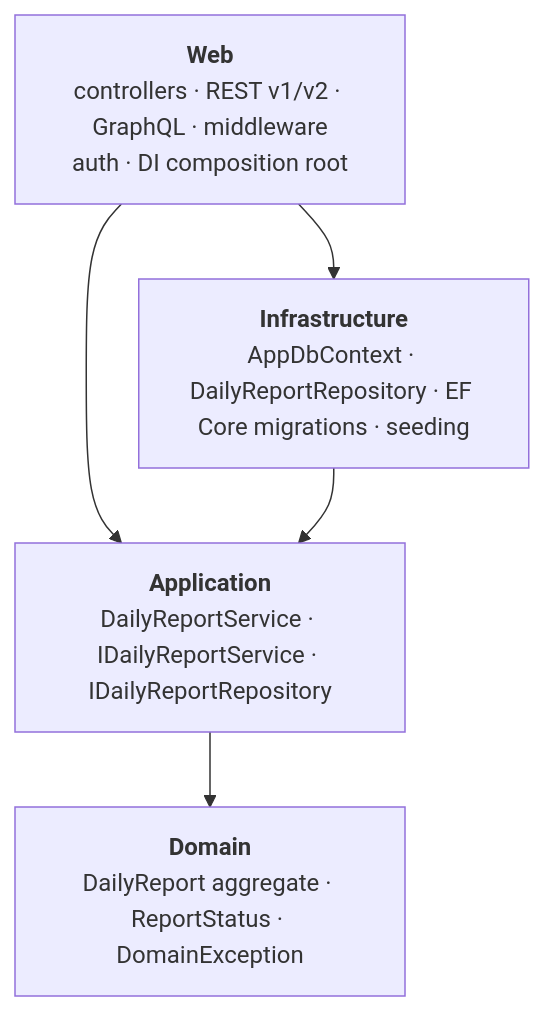
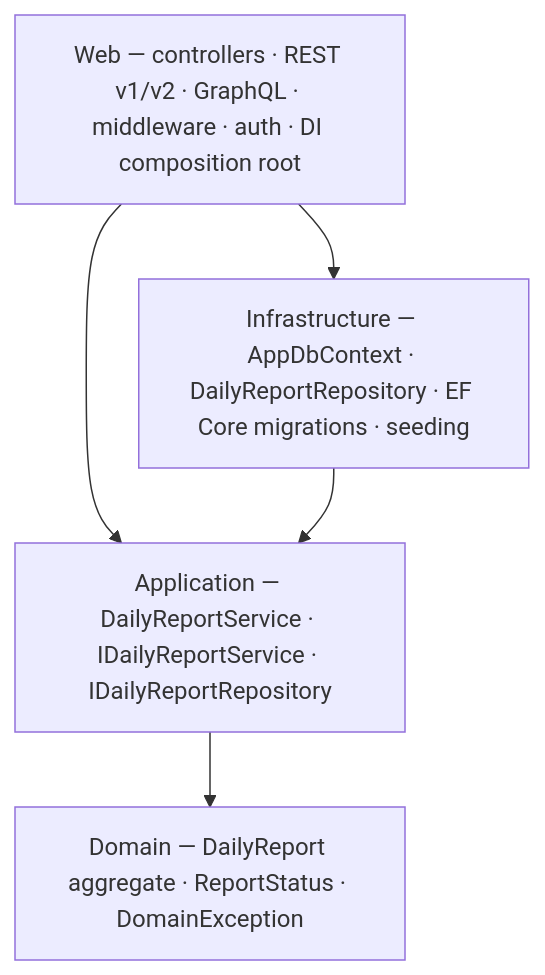
Before and after one commit to yhlinbim/construction-daily-report-system: the diagram in ARCHITECTURE.md, drawn with Mermaid. The commit also changed 1 other file, not shown here.

Commit message:
docs: fix mermaid flowchart rendering inconsistency across browsers
Mermaid flowchart defaults to htmlLabels:true, rendering node text via
foreignObject instead of plain SVG <text>. foreignObject auto-sizing is
computed differently across browsers — Chromium/Edge sometimes doesn't
expand the node box to fit the label, so text overlaps/covers adjacent
nodes and edges, while Firefox renders it correctly. This affected both
diagrams, including README.md's, which had no literal HTML tags in its
labels but still rendered through foreignObject by default.

Fix: add `%%{init: {"flowchart": {"htmlLabels": false}}}%%` to force
plain SVG text rendering, which is consistent across browsers. Also
dropped the <b>/<br/> HTML from ARCHITECTURE.md's labels (incompatible
with htmlLabels:false) in favor of plain single-line text, matching
README.md's style.

````diff
--- a/ARCHITECTURE.md
+++ b/ARCHITECTURE.md
@@ -22,12 +22,13 @@
 ```mermaid
+%%{init: {"flowchart": {"htmlLabels": false}}}%%
 flowchart TD
-    Web["<b>Web</b><br/>controllers · REST v1/v2 · GraphQL · middleware<br/>auth · DI composition root"]
-    App["<b>Application</b><br/>DailyReportService · IDailyReportService · IDailyReportRepository"]
-    Infra["<b>Infrastructure</b><br/>AppDbContext · DailyReportRepository · EF Core migrations · seeding"]
-    Domain["<b>Domain</b><br/>DailyReport aggregate · ReportStatus · DomainException"]
+    Web["Web — controllers · REST v1/v2 · GraphQL · middleware · auth · DI composition root"]
+    App["Application — DailyReportService · IDailyReportService · IDailyReportRepository"]
+    Infra["Infrastructure — AppDbContext · DailyReportRepository · EF Core migrations · seeding"]
+    Domain["Domain — DailyReport aggregate · ReportStatus · DomainException"]
 
     Web --> App
     Web --> Infra
     Infra --> App
     App --> Domain
 ```
````
